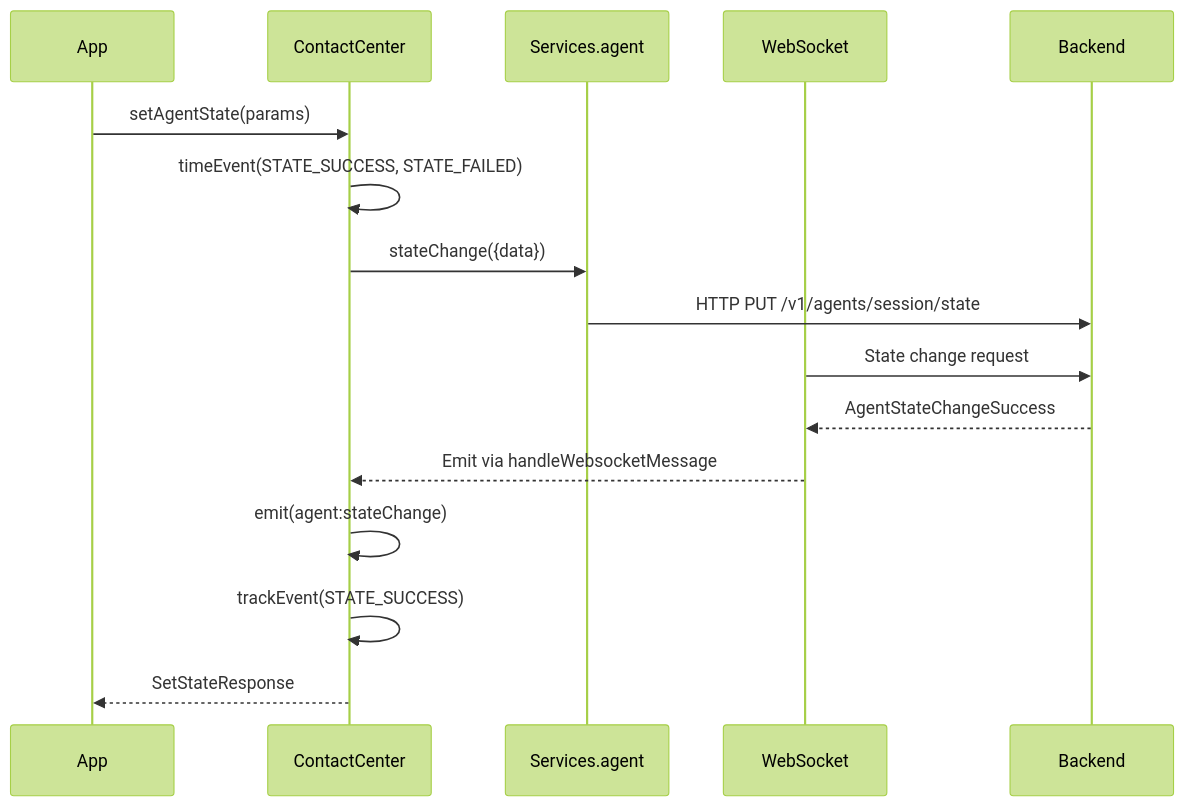
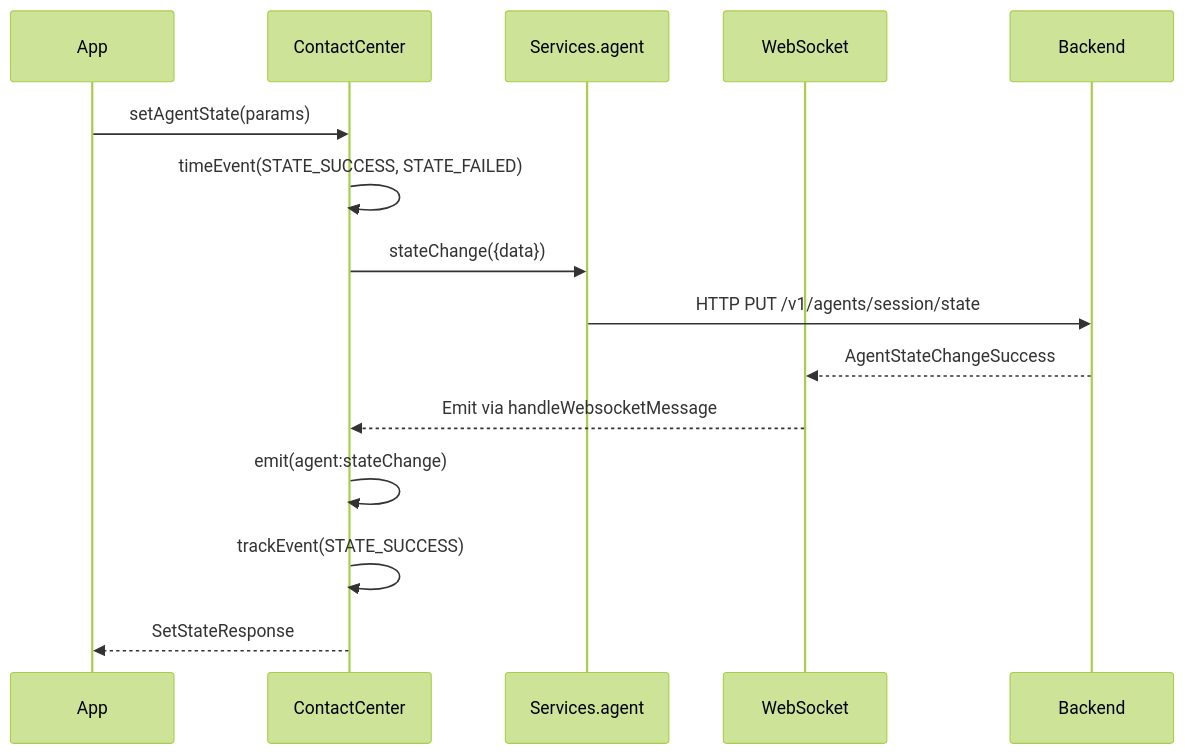
The third of 5 diagrams in packages/@webex/contact-center/src/services/agent/ai-docs/ARCHITECTURE.md (webex/webex-js-sdk), drawn with Mermaid (forest theme) before and after one commit. The commit also changed other lines of this file, not shown here.

Commit message:
docs(agents): review comments

````diff
--- a/packages/@webex/contact-center/src/services/agent/ai-docs/ARCHITECTURE.md
+++ b/packages/@webex/contact-center/src/services/agent/ai-docs/ARCHITECTURE.md
@@ -114,19 +113,18 @@
 ```mermaid
 sequenceDiagram
     participant App
     participant CC as ContactCenter
     participant Svc as Services.agent
     participant WS as WebSocket
     participant BE as Backend
-    
+
     App->>CC: setAgentState(params)
     CC->>CC: timeEvent(STATE_SUCCESS, STATE_FAILED)
     CC->>Svc: stateChange({data})
-    Svc->>BE: HTTP PUT /v1/agents/session/state  
-    WS->>BE: State change request
+    Svc->>BE: HTTP PUT /v1/agents/session/state
     BE-->>WS: AgentStateChangeSuccess
     WS-->>CC: Emit via handleWebsocketMessage
     CC->>CC: emit(agent:stateChange)
     CC->>CC: trackEvent(STATE_SUCCESS)
     CC-->>App: SetStateResponse
 ```
````
